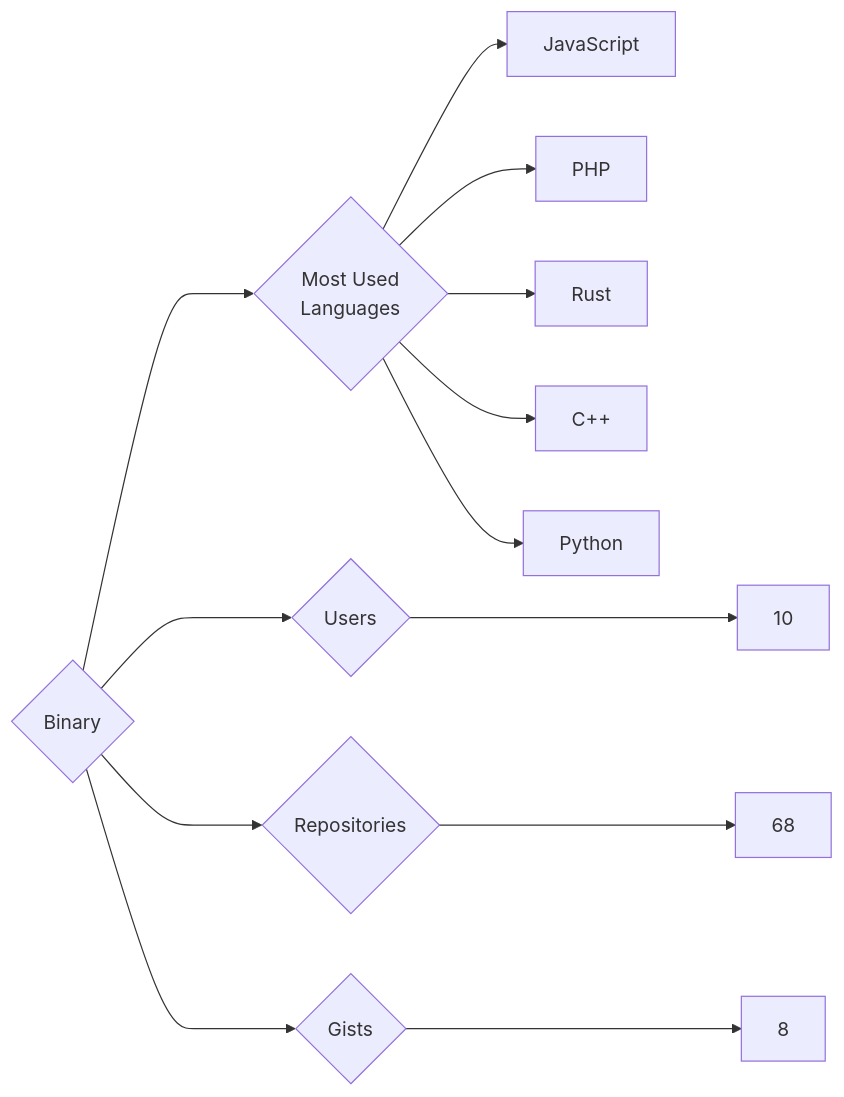
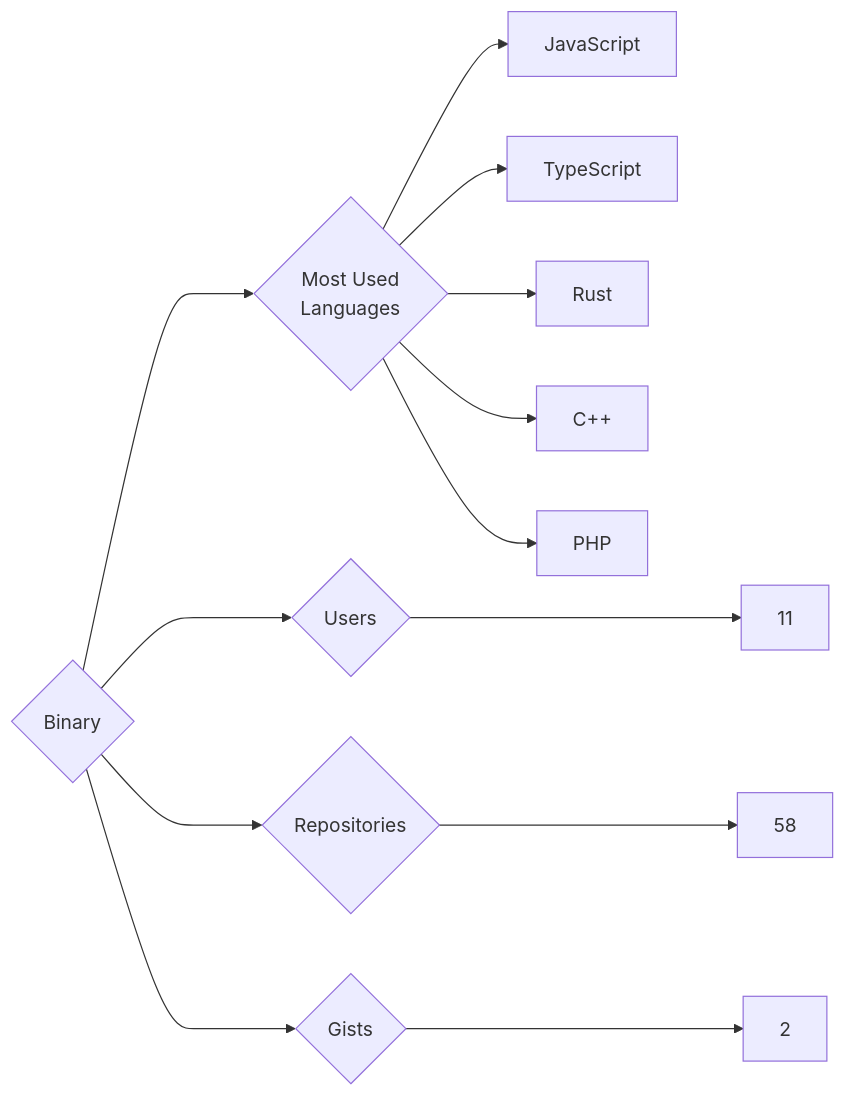
One commit to trickest/insiders changed the diagram in targets/Binary/README.md. Above: the diagram before and after it, drawn with Mermaid. The commit also changed 1084 other files, not shown here.

````diff
--- a/targets/Binary/README.md
+++ b/targets/Binary/README.md
@@ -3,13 +3,13 @@
 ```mermaid
 graph LR
 COMPANY_NAME{Binary}
-COMPANY_NAME ---> U{Users} ---> UN[10]
-COMPANY_NAME ---> R{Repositories} ---> RN[68]
-COMPANY_NAME ---> G{Gists} ---> GN[8]
+COMPANY_NAME ---> U{Users} ---> UN[11]
+COMPANY_NAME ---> R{Repositories} ---> RN[58]
+COMPANY_NAME ---> G{Gists} ---> GN[2]
 COMPANY_NAME ---> ML{Most Used<br>Languages}
 ML --> JavaScript[JavaScript]
-ML --> PHP[PHP]
+ML --> TypeScript[TypeScript]
 ML --> Rust[Rust]
 ML --> C++[C++]
-ML --> Python[Python]
+ML --> PHP[PHP]
 ```
````
